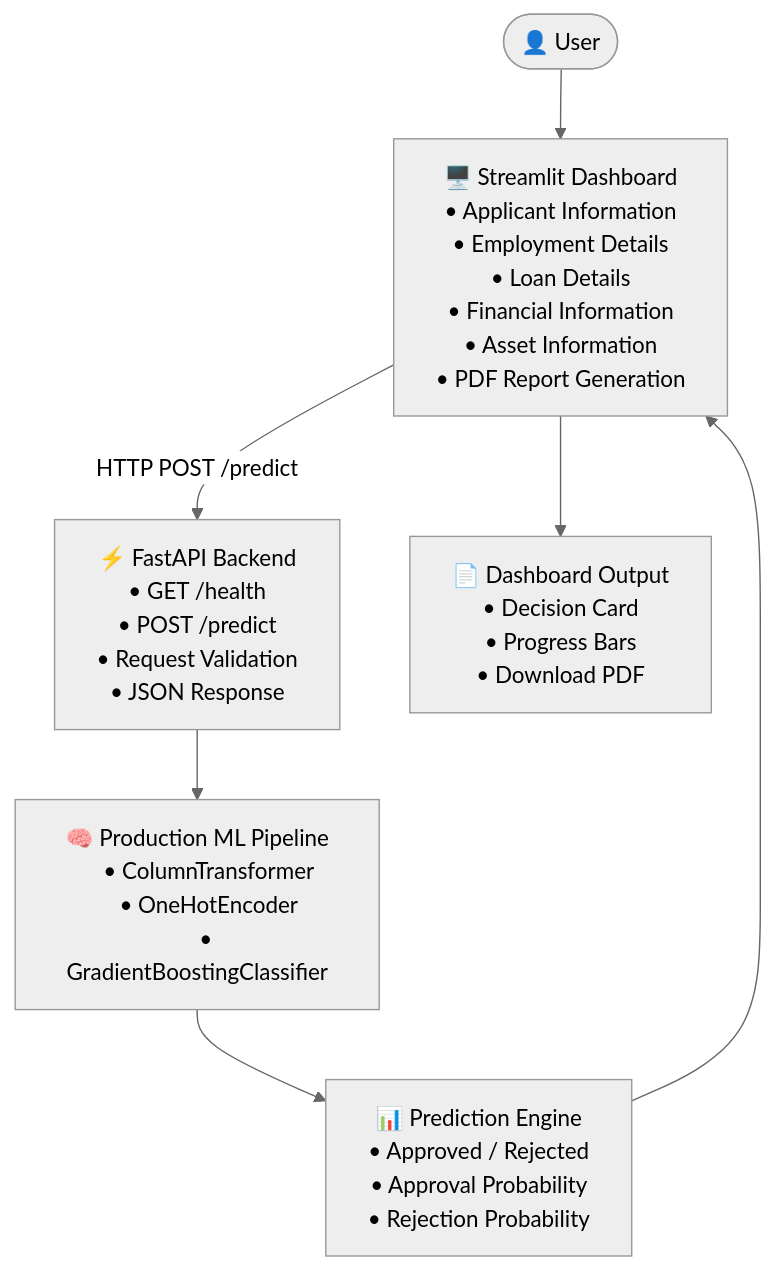
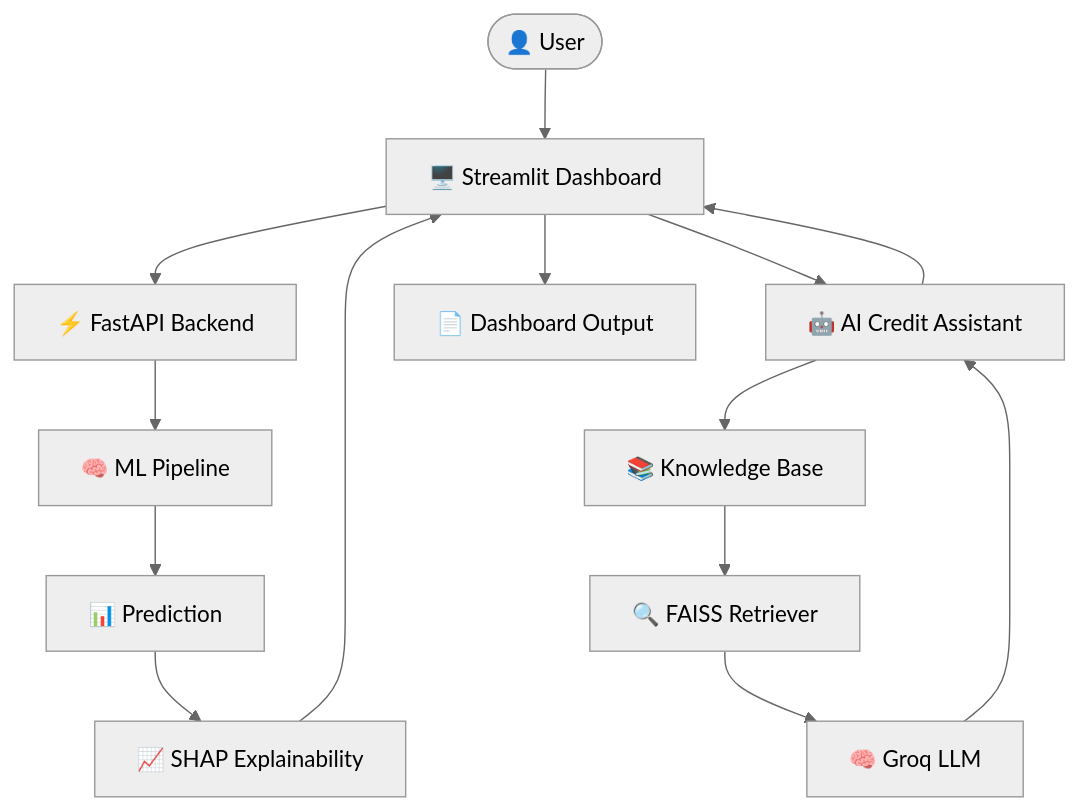
The diagram in README.md (krish8986/AI-Predictive-Methods-for-Credit-underwriting), drawn with Mermaid (neutral theme) before and after one commit. The commit also changed other lines of this file and 13 other files, not shown here.

Commit message:
feat: integrate RAG AI assistant with SHAP explainability and documentation updates

````diff
--- a/README.md
+++ b/README.md
@@ -39,41 +45,41 @@
 ```mermaid
 flowchart TD
 
     U([👤 User])
 
-    S["🖥️ Streamlit Dashboard
-    • Applicant Information
-    • Employment Details
-    • Loan Details
-    • Financial Information
-    • Asset Information
-    • PDF Report Generation"]
+    S["🖥️ Streamlit Dashboard"]
 
-    F["⚡ FastAPI Backend
-    • GET /health
-    • POST /predict
-    • Request Validation
-    • JSON Response"]
+    F["⚡ FastAPI Backend"]
 
-    P["🧠 Production ML Pipeline
-    • ColumnTransformer
-    • OneHotEncoder
-    • GradientBoostingClassifier"]
+    P["🧠 ML Pipeline"]
 
-    R["📊 Prediction Engine
-    • Approved / Rejected
-    • Approval Probability
-    • Rejection Probability"]
+    R["📊 Prediction"]
 
-    O["📄 Dashboard Output
-    • Decision Card
-    • Progress Bars
-    • Download PDF"]
+    X["📈 SHAP Explainability"]
+
+    AI["🤖 AI Credit Assistant"]
+
+    KB["📚 Knowledge Base"]
+
+    V["🔍 FAISS Retriever"]
+
+    G["🧠 Groq LLM"]
+
+    O["📄 Dashboard Output"]
 
     U --> S
-    S -->|"HTTP POST /predict"| F
+    S --> F
     F --> P
     P --> R
-    R --> S
+    R --> X
+    X --> S
+
+    S --> AI
+    AI --> KB
+    KB --> V
+    V --> G
+    G --> AI
+    AI --> S
+
     S --> O
 ```
````
